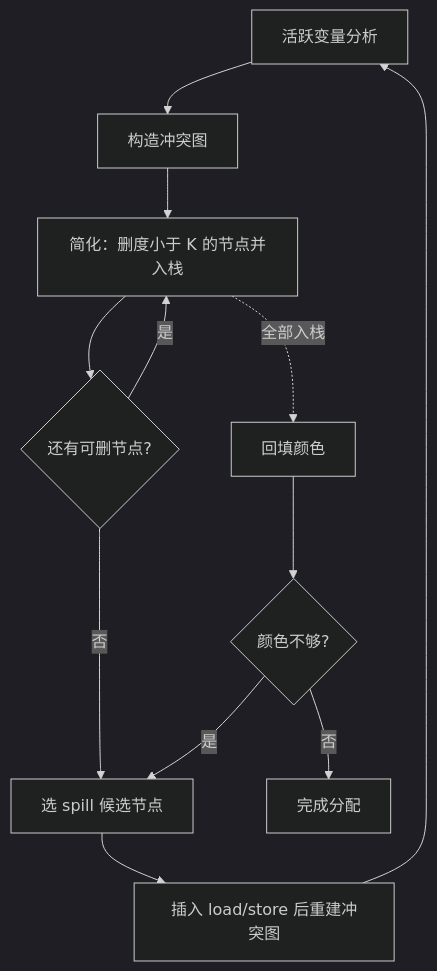
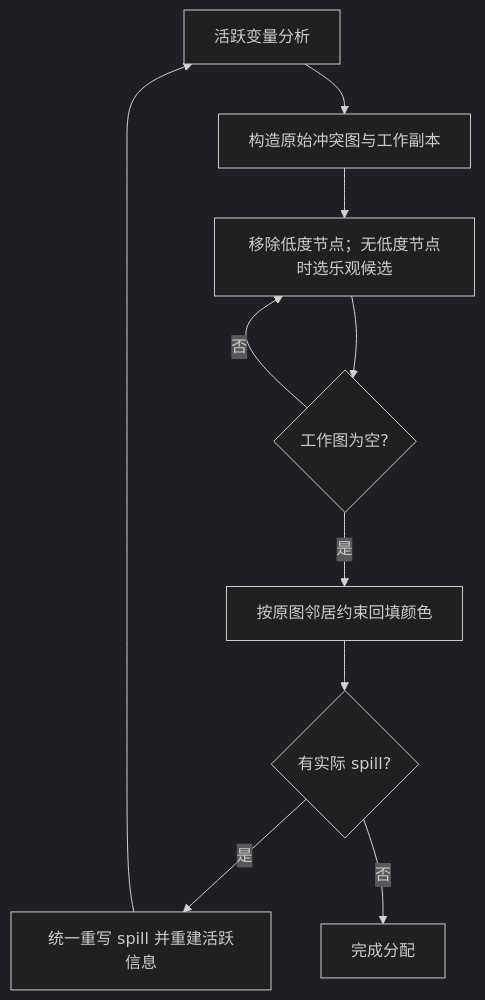
Before and after one commit to lightsmilew/compiler-principles: the third of 3 diagrams in docs/labs/part6-target-optimization.md, drawn with Mermaid (dark theme). The commit also changed other lines of this file and 47 other files, not shown here.

````diff
--- a/docs/labs/part6-target-optimization.md
+++ b/docs/labs/part6-target-optimization.md
@@ -179,14 +179,12 @@
 ```mermaid
 flowchart TD
-  L[活跃变量分析] --> G[构造冲突图]
-  G --> S[简化：删度小于 K 的节点并入栈]
-  S --> C{还有可删节点?}
-  C -- 是 --> S
-  C -- 否 --> P[选 spill 候选节点]
-  P --> I[插入 load/store 后重建冲突图]
+  L[活跃变量分析] --> G[构造原始冲突图与工作副本]
+  G --> S[移除低度节点；无低度节点时选乐观候选]
+  S --> C{工作图为空?}
+  C -- 否 --> S
+  C -- 是 --> B[按原图邻居约束回填颜色]
+  B --> Q{有实际 spill?}
+  Q -- 是 --> I[统一重写 spill 并重建活跃信息]
   I --> L
-  S -.->|全部入栈| B[回填颜色]
-  B --> Q{颜色不够?}
-  Q -- 是 --> P
   Q -- 否 --> R[完成分配]
 ```
````
